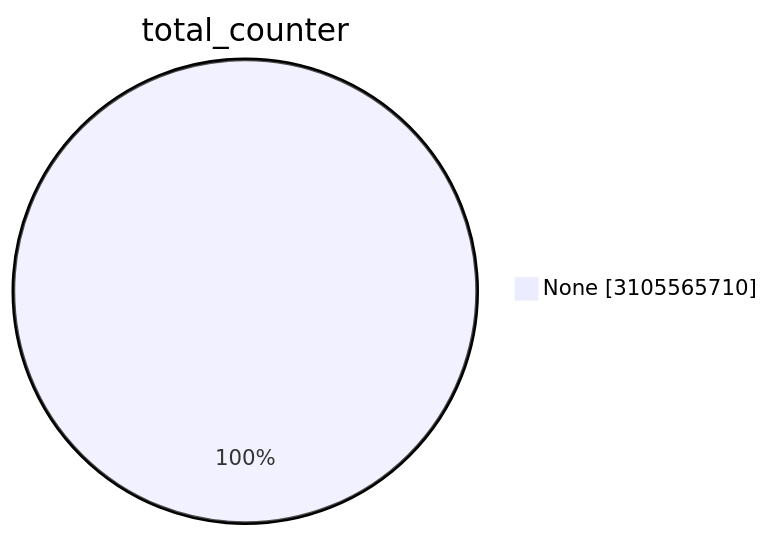
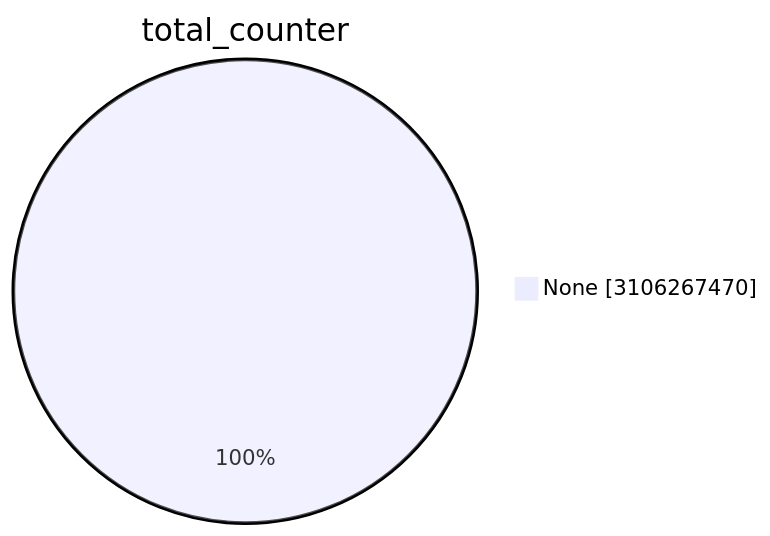
Before and after one commit to christiankrug/ctmonitor_visualization: the first of 15 diagrams in TOTAL/README.md, drawn with Mermaid. The commit also changed other lines of this file, not shown here.

````diff
--- a/TOTAL/README.md
+++ b/TOTAL/README.md
@@ -1,5 +1,5 @@
 ```mermaid
 pie showData
 title total_counter
-"None" :3105565710
+"None" :3106267470
 ```
````
